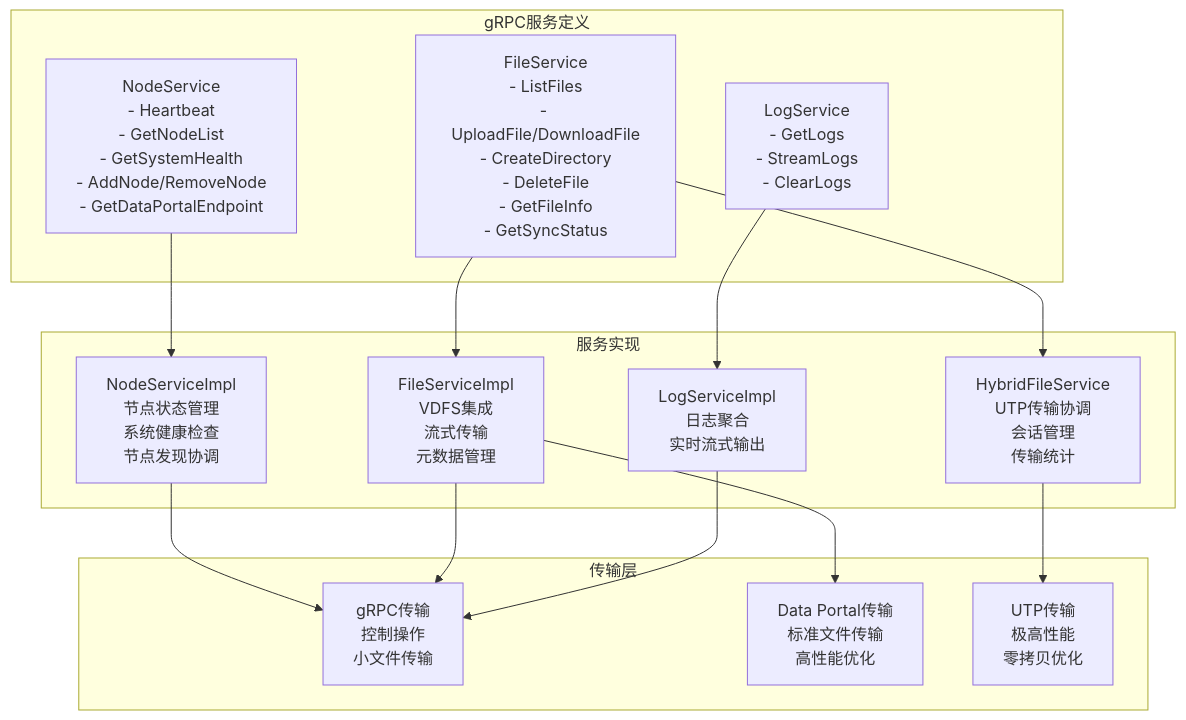
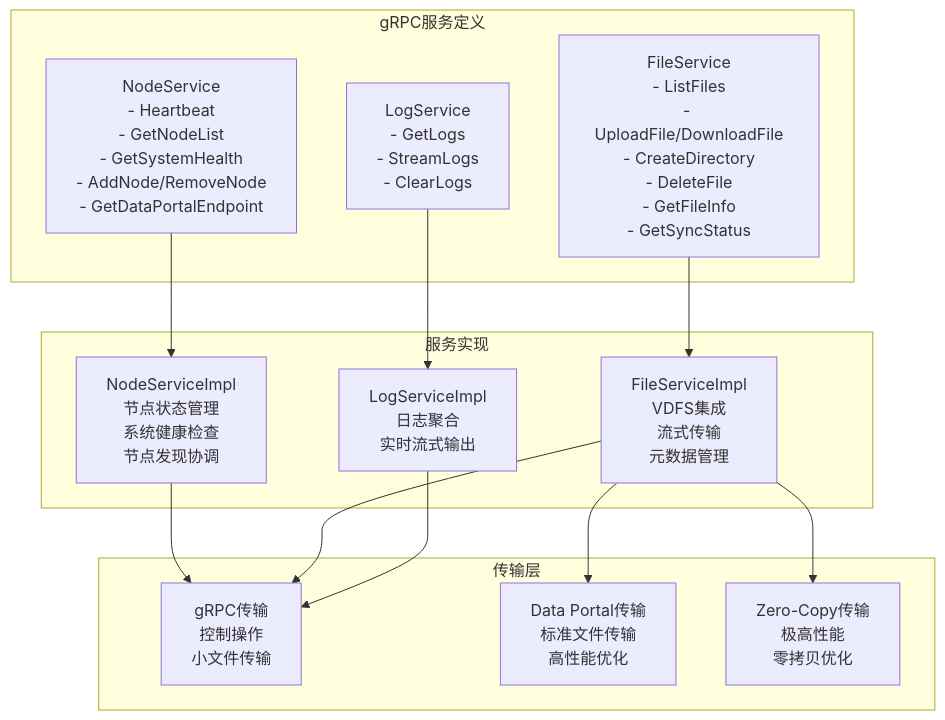
The fourth of 17 diagrams in docs/CORE_ARCHITECTURE.md (Gyangu/librorum), drawn with Mermaid before and after one commit. The commit also changed other lines of this file and 19 other files, not shown here.

````diff
--- a/docs/CORE_ARCHITECTURE.md
+++ b/docs/CORE_ARCHITECTURE.md
@@ -189,39 +165,36 @@
 ```mermaid
 graph TB
     subgraph "gRPC服务定义"
         NodeService[NodeService<br/>- Heartbeat<br/>- GetNodeList<br/>- GetSystemHealth<br/>- AddNode/RemoveNode<br/>- GetDataPortalEndpoint]
         
         FileService[FileService<br/>- ListFiles<br/>- UploadFile/DownloadFile<br/>- CreateDirectory<br/>- DeleteFile<br/>- GetFileInfo<br/>- GetSyncStatus]
         
         LogService[LogService<br/>- GetLogs<br/>- StreamLogs<br/>- ClearLogs]
     end
 
     subgraph "服务实现"
         NodeServiceImpl[NodeServiceImpl<br/>节点状态管理<br/>系统健康检查<br/>节点发现协调]
         
         FileServiceImpl[FileServiceImpl<br/>VDFS集成<br/>流式传输<br/>元数据管理]
         
-        HybridFileService[HybridFileService<br/>UTP传输协调<br/>会话管理<br/>传输统计]
-        
         LogServiceImpl[LogServiceImpl<br/>日志聚合<br/>实时流式输出]
     end
 
     subgraph "传输层"
         gRPC_Transport[gRPC传输<br/>控制操作<br/>小文件传输]
         
         DataPortal_Transport[Data Portal传输<br/>标准文件传输<br/>高性能优化]
         
-        UTP_Transport[UTP传输<br/>极高性能<br/>零拷贝优化]
+        ZeroCopy_Transport[Zero-Copy传输<br/>极高性能<br/>零拷贝优化]
     end
 
     NodeService --> NodeServiceImpl
     FileService --> FileServiceImpl
-    FileService --> HybridFileService
     LogService --> LogServiceImpl
 
     NodeServiceImpl --> gRPC_Transport
     FileServiceImpl --> gRPC_Transport
     FileServiceImpl --> DataPortal_Transport
-    HybridFileService --> UTP_Transport
+    FileServiceImpl --> ZeroCopy_Transport
     LogServiceImpl --> gRPC_Transport
 ```
````
